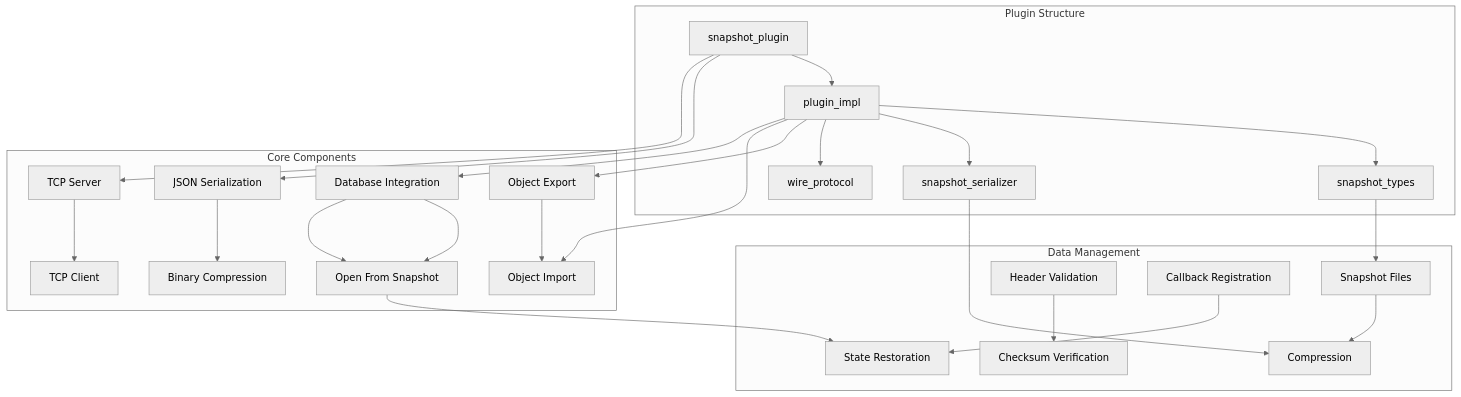
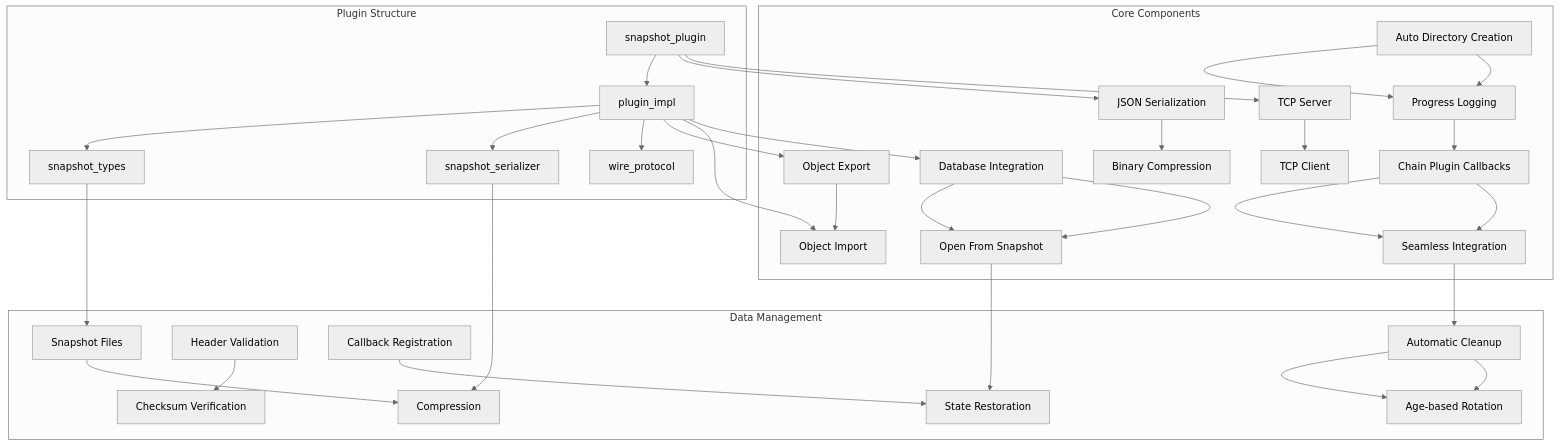
Before and after one commit to VIZ-Blockchain/viz-cpp-node: the first of 21 diagrams in .qoder/repowiki/en/content/Plugin System/Snapshot Plugin System.md, drawn with Mermaid (neutral theme). The commit also changed other lines of this file and 2 other files, not shown here.

First line of the commit message:
feat(snapshot): enhance snapshot system with p2p sync, progress, and directory management

````diff
--- a/.qoder/repowiki/en/content/Plugin System/Snapshot Plugin System.md
+++ b/.qoder/repowiki/en/content/Plugin System/Snapshot Plugin System.md
@@ -54,29 +61,37 @@
 ```mermaid
 graph TB
 subgraph "Plugin Structure"
 A[snapshot_plugin] --> B[plugin_impl]
 B --> C[snapshot_types]
 B --> D[snapshot_serializer]
 B --> E[wire_protocol]
 end
 subgraph "Core Components"
 F[JSON Serialization] --> G[Binary Compression]
 H[Object Export] --> I[Object Import]
 J[TCP Server] --> K[TCP Client]
 L[Database Integration] --> M[Open From Snapshot]
+N[Auto Directory Creation] --> O[Progress Logging]
+P[Chain Plugin Callbacks] --> Q[Seamless Integration]
 end
 subgraph "Data Management"
-N[Snapshot Files] --> O[Compression]
-P[Header Validation] --> Q[Checksum Verification]
-R[Callback Registration] --> S[State Restoration]
+R[Snapshot Files] --> S[Compression]
+T[Header Validation] --> U[Checksum Verification]
+V[Callback Registration] --> W[State Restoration]
+X[Automatic Cleanup] --> Y[Age-based Rotation]
 end
 A --> F
 A --> J
 B --> H
 B --> I
-C --> N
-D --> O
+C --> R
+D --> S
 B --> L
 L --> M
-M --> S
+M --> W
+N --> O
+O --> P
+P --> Q
+Q --> X
+X --> Y
 ```
````
